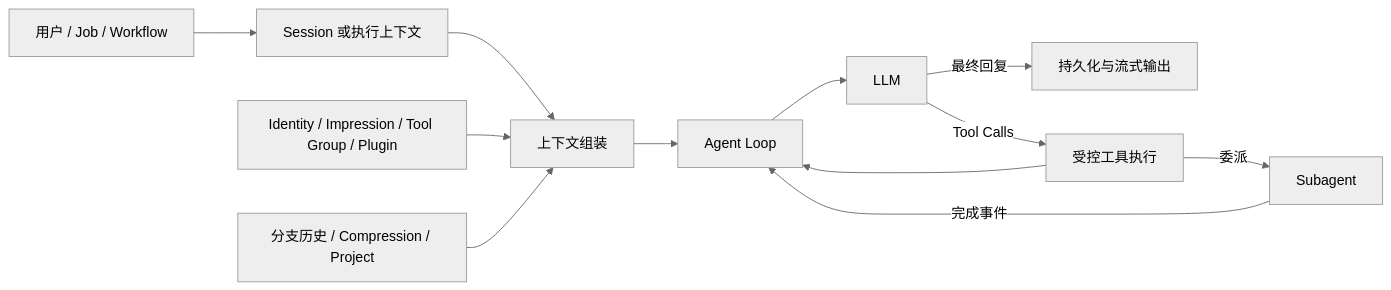
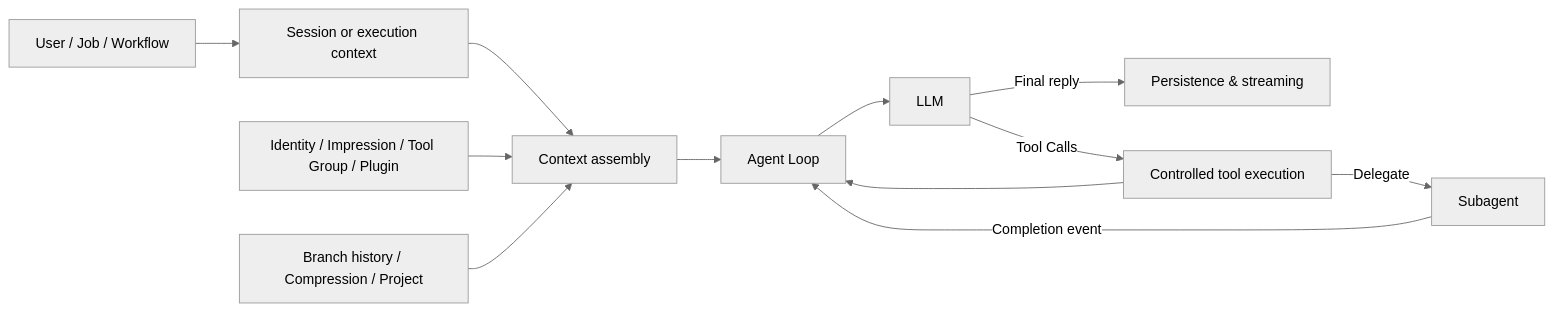
The diagram in README.md (Cyvadra/hephaestus), drawn with Mermaid (neutral theme) before and after one commit. The commit also changed other lines of this file and 2 other files, not shown here.

````diff
--- a/README.md
+++ b/README.md
@@ -23,15 +25,15 @@
 ```mermaid
 flowchart LR
-    U[用户 / Job / Workflow] --> S[Session 或执行上下文]
-    S --> C[上下文组装]
+    U[User / Job / Workflow] --> S[Session or execution context]
+    S --> C[Context assembly]
     C --> A[Agent Loop]
     A --> L[LLM]
-    L -->|最终回复| P[持久化与流式输出]
-    L -->|Tool Calls| T[受控工具执行]
+    L -->|Final reply| P[Persistence & streaming]
+    L -->|Tool Calls| T[Controlled tool execution]
     T --> A
-    T -->|委派| SA[Subagent]
-    SA -->|完成事件| A
+    T -->|Delegate| SA[Subagent]
+    SA -->|Completion event| A
 
     R[Identity / Impression / Tool Group / Plugin] --> C
-    H[分支历史 / Compression / Project] --> C
+    H[Branch history / Compression / Project] --> C
 ```
````
